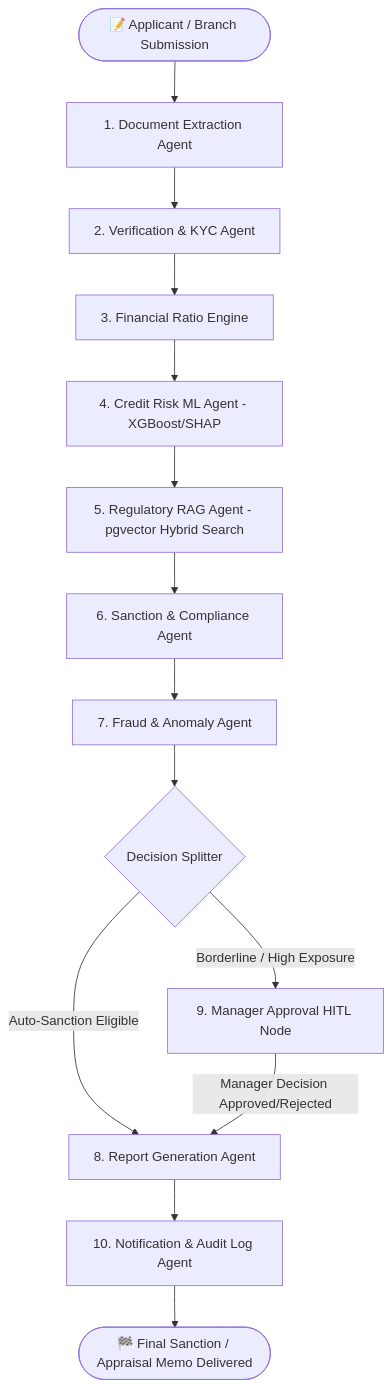
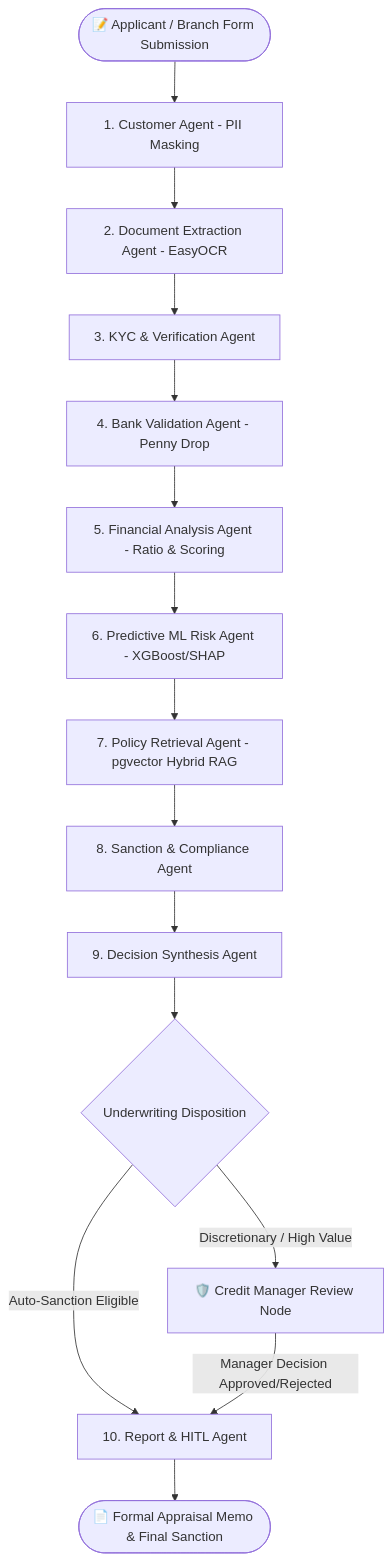
The diagram in README.md (sai-kira/Intelligent-Loan-Appraisal-System), drawn with Mermaid before and after one commit. The commit also changed other lines of this file, not shown here.

Commit message:
docs: Deeply comprehensive repository documentation covering 10 agents, pgvector SQL, ML training data, dependency rationale, and zero-to-hero local setup guide

````diff
--- a/README.md
+++ b/README.md
@@ -35,18 +84,19 @@
 ```mermaid
 graph TD
-    A([📝 Applicant / Branch Submission]) --> B[1. Document Extraction Agent]
-    B --> C[2. Verification & KYC Agent]
-    C --> D[3. Financial Ratio Engine]
-    D --> E[4. Credit Risk ML Agent - XGBoost/SHAP]
-    E --> F[5. Regulatory RAG Agent - pgvector Hybrid Search]
-    F --> G[6. Sanction & Compliance Agent]
-    G --> H[7. Fraud & Anomaly Agent]
-    H --> I{Decision Splitter}
+    A([📝 Applicant / Branch Form Submission]) --> B[1. Customer Agent - PII Masking]
+    B --> C[2. Document Extraction Agent - EasyOCR]
+    C --> D[3. KYC & Verification Agent]
+    D --> E[4. Bank Validation Agent - Penny Drop]
+    E --> F[5. Financial Analysis Agent - Ratio & Scoring]
+    F --> G[6. Predictive ML Risk Agent - XGBoost/SHAP]
+    G --> H[7. Policy Retrieval Agent - pgvector Hybrid RAG]
+    H --> I[8. Sanction & Compliance Agent]
+    I --> J[9. Decision Synthesis Agent]
     
-    I -- Auto-Sanction Eligible --> J[8. Report Generation Agent]
-    I -- Borderline / High Exposure --> K[9. Manager Approval HITL Node]
-    K -- Manager Decision Approved/Rejected --> J
+    J --> K{Underwriting Disposition}
+    K -- Auto-Sanction Eligible --> L[10. Report & HITL Agent]
+    K -- Discretionary / High Value --> M[🛡️ Credit Manager Review Node]
+    M -- Manager Decision Approved/Rejected --> L
     
-    J --> L[10. Notification & Audit Log Agent]
-    L --> M([🏁 Final Sanction / Appraisal Memo Delivered])
+    L --> N([📄 Formal Appraisal Memo & Final Sanction])
 ```
````
